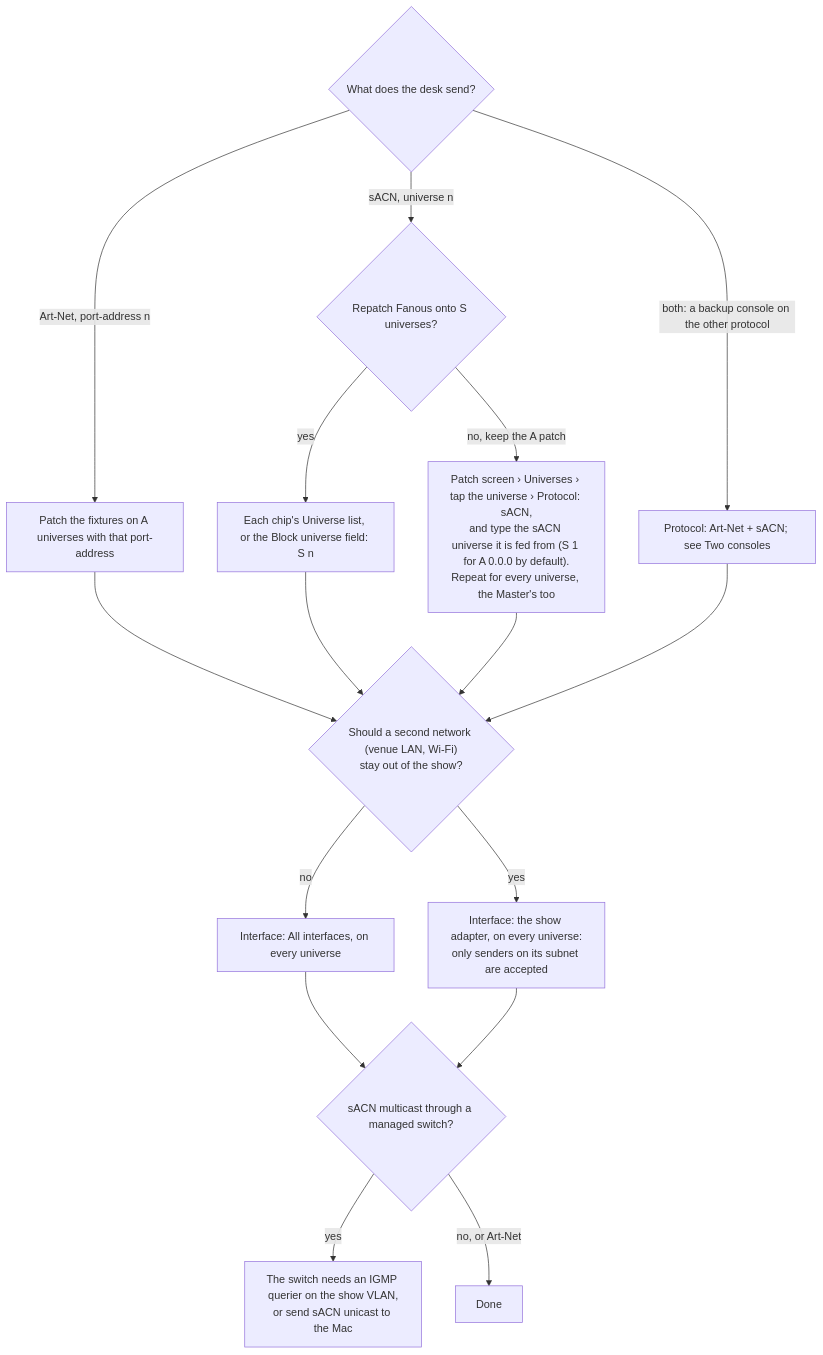
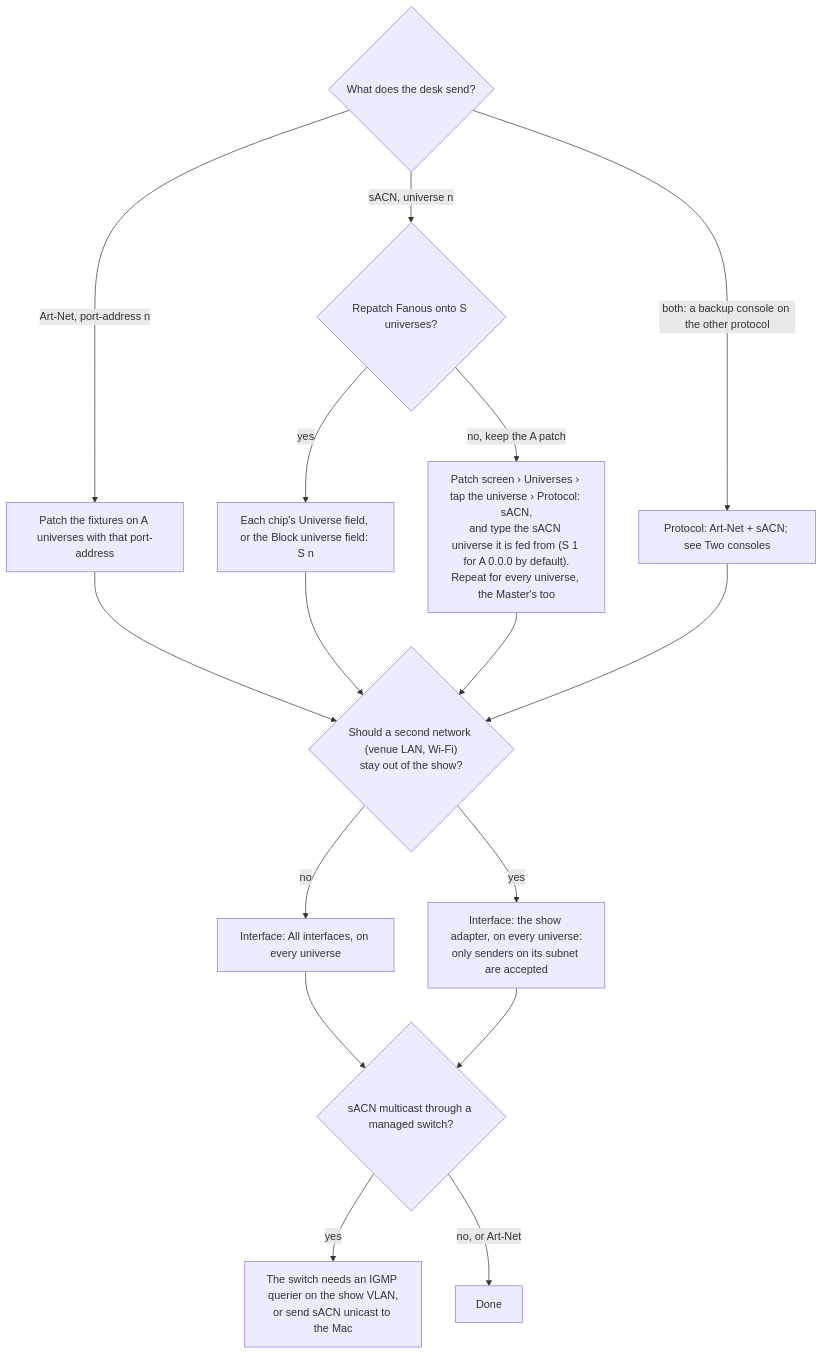
The second of 5 diagrams in docs/user/console-setup.md (Timdebruijn/fanous), drawn with Mermaid before and after one commit. The commit also changed other lines of this file and 5 other files, not shown here.

````diff
--- a/docs/user/console-setup.md
+++ b/docs/user/console-setup.md
@@ -183,19 +183,19 @@
 ```mermaid
 flowchart TD
   desk{"What does the desk send?"}
   desk -- "Art-Net, port-address n" --> art["Patch the fixtures on A universes with that port-address"]
   desk -- "sACN, universe n" --> sacn{"Repatch Fanous onto S universes?"}
-  sacn -- yes --> sU["Each chip's Universe list, or the Block universe field: S n"]
+  sacn -- yes --> sU["Each chip's Universe field, or the Block universe field: S n"]
   sacn -- "no, keep the A patch" --> pair["Patch screen › Universes › tap the universe › Protocol: sACN,<br>and type the sACN universe it is fed from (S 1 for A 0.0.0 by default).<br>Repeat for every universe, the Master's too"]
   desk -- "both: a backup console on the other protocol" --> both["Protocol: Art-Net + sACN; see Two consoles"]
   art --> iface
   sU --> iface
   pair --> iface
   both --> iface{"Should a second network (venue LAN, Wi-Fi)<br>stay out of the show?"}
   iface -- no --> all["Interface: All interfaces, on every universe"]
   iface -- yes --> named["Interface: the show adapter, on every universe:<br>only senders on its subnet are accepted"]
   all --> igmp
   named --> igmp{"sACN multicast through a managed switch?"}
   igmp -- yes --> querier["The switch needs an IGMP querier on the show VLAN,<br>or send sACN unicast to the Mac"]
   igmp -- "no, or Art-Net" --> done["Done"]
 ```
````
